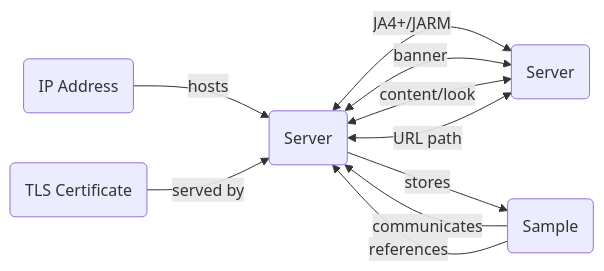
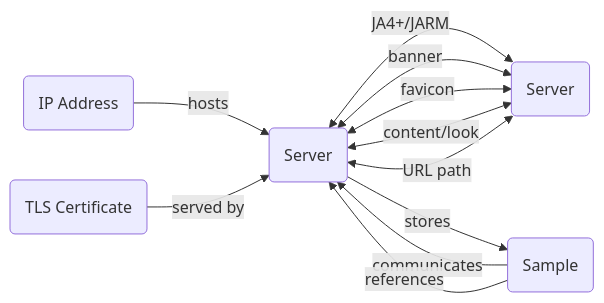
The diagram in docs/artifacts/server.md (korniko98/pivot-atlas), drawn with Mermaid before and after one commit. The commit also changed other lines of this file and 8 other files, not shown here.

````diff
--- a/docs/artifacts/server.md
+++ b/docs/artifacts/server.md
@@ -25,16 +25,17 @@
 	```mermaid
 	flowchart LR
-		A("IP Address") -- hosts --> B("Server")
-		C("Sample") -- communicates --> B
-		C -- references --> B
-		B <-- JA4+/JARM --> D("Server")
-		B <-- banner --> D
-		B <-- content/look --> D
-		B <-- URL path --> D
-		B -- stores --> C
-		E("TLS Certificate") -- served by--> B
-		click A "#ip-addresses"
-		click C "#samples"
-		click D "#servers"
-		click E "#tls-certificates"
+		IP_ADDRESS("IP Address") -- hosts --> SERVER("Server")
+		SAMPLE("Sample") -- communicates --> SERVER
+		SAMPLE -- references --> SERVER
+		SERVER <-- JA4+/JARM --> SERVER_("Server")
+		SERVER <-- banner --> SERVER_
+		SERVER <-- favicon --> SERVER_
+		SERVER <-- content/look --> SERVER_
+		SERVER <-- URL path --> SERVER_
+		SERVER -- stores --> SAMPLE
+		TLS_CERT("TLS Certificate") -- served by--> SERVER
+		click IP_ADDRESS "#ip-addresses"
+		click SAMPLE "#samples"
+		click SERVER_ "#servers"
+		click TLS_CERT "#tls-certificates"
 	```
````
